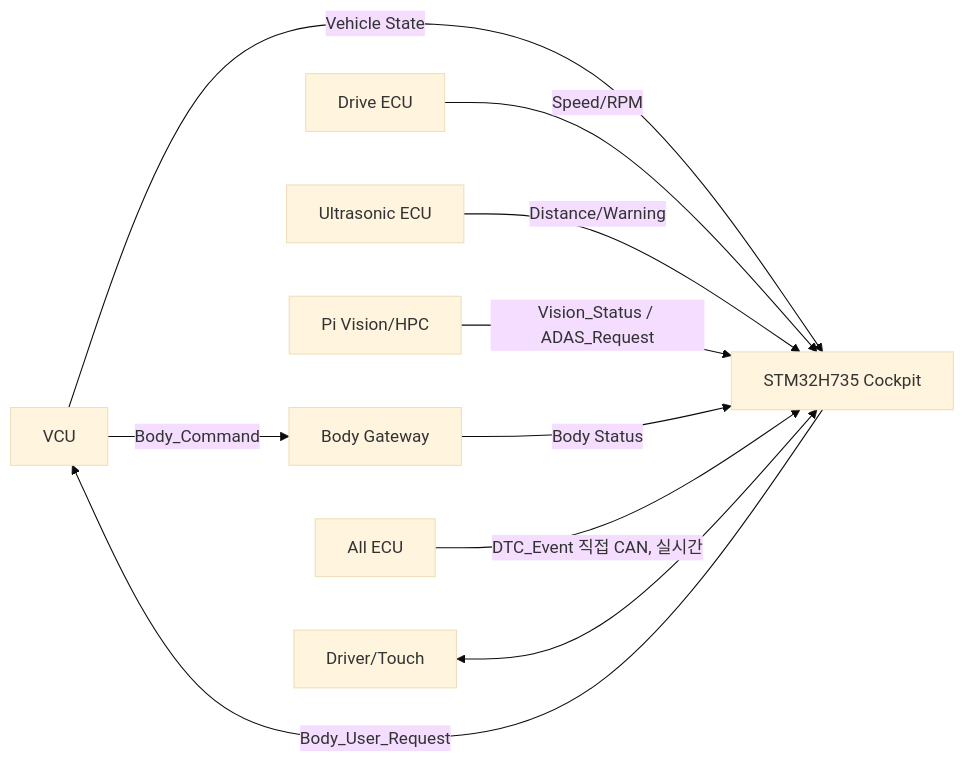
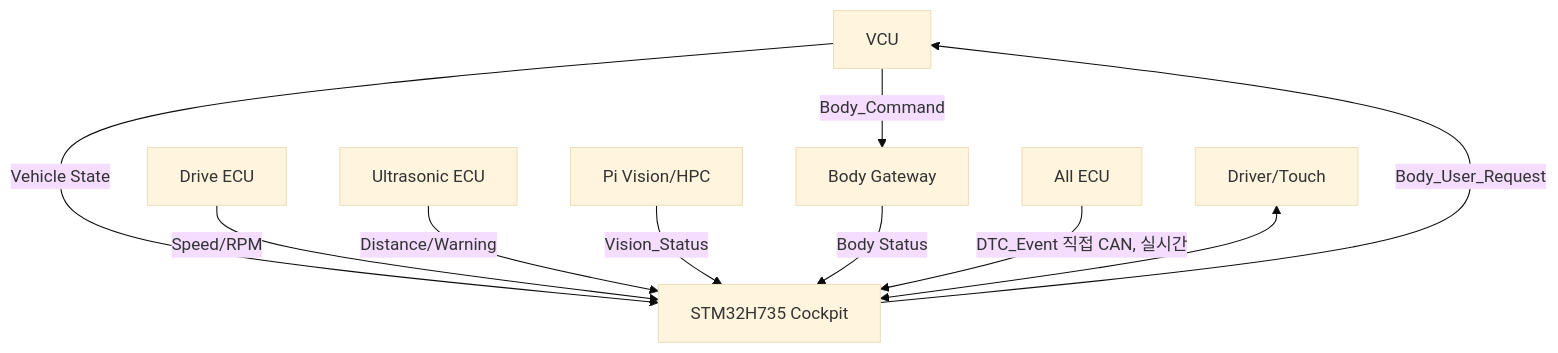
One commit to sunmaan22/SDV_MCU_Project changed the first of 5 diagrams in docs/ecus/IVI/ARCHITECTURE.md. Above: the diagram before and after it, drawn with Mermaid (base theme). The commit also changed other lines of this file and 33 other files, not shown here.

````diff
--- a/docs/ecus/IVI/ARCHITECTURE.md
+++ b/docs/ecus/IVI/ARCHITECTURE.md
@@ -110,12 +110,12 @@
 ```mermaid
-flowchart LR
-    VCU[VCU] -->|Vehicle State| HMI[STM32H735 Cockpit]
-    DRIVE[Drive ECU] -->|Speed/RPM| HMI
-    US[Ultrasonic ECU] -->|Distance/Warning| HMI
-    HPC[Pi Vision/HPC] -->|Vision_Status / ADAS_Request| HMI
-    BODY[Body Gateway] -->|Body Status| HMI
-    ALLECU[All ECU] -->|DTC_Event 직접 CAN, 실시간| HMI
-    HMI -->|Body_User_Request| VCU
-    VCU -->|Body_Command| BODY
-    DRIVER[Driver/Touch] <--> HMI
+flowchart TD
+    VCU["VCU"] -->|"Vehicle State"| HMI["STM32H735 Cockpit"]
+    DRIVE["Drive ECU"] -->|"Speed/RPM"| HMI
+    US["Ultrasonic ECU"] -->|"Distance/Warning"| HMI
+    HPC["Pi Vision/HPC"] -->|"Vision_Status"| HMI
+    BODY["Body Gateway"] -->|"Body Status"| HMI
+    ALLECU["All ECU"] -->|"DTC_Event 직접 CAN, 실시간"| HMI
+    HMI -->|"Body_User_Request"| VCU
+    VCU -->|"Body_Command"| BODY
+    DRIVER["Driver/Touch"] <--> HMI
 ```
````
